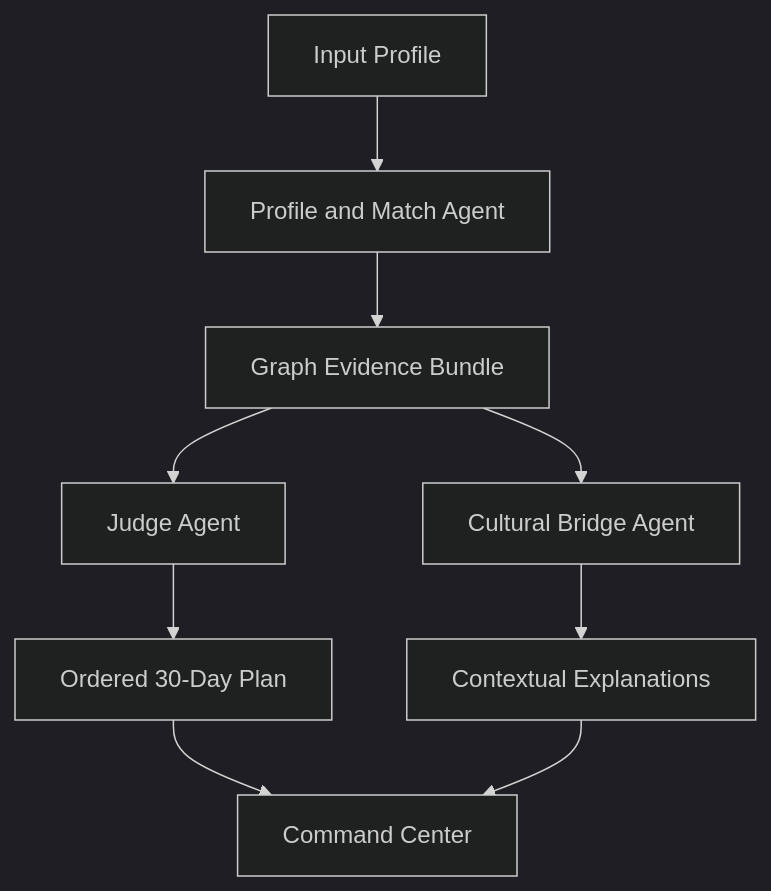
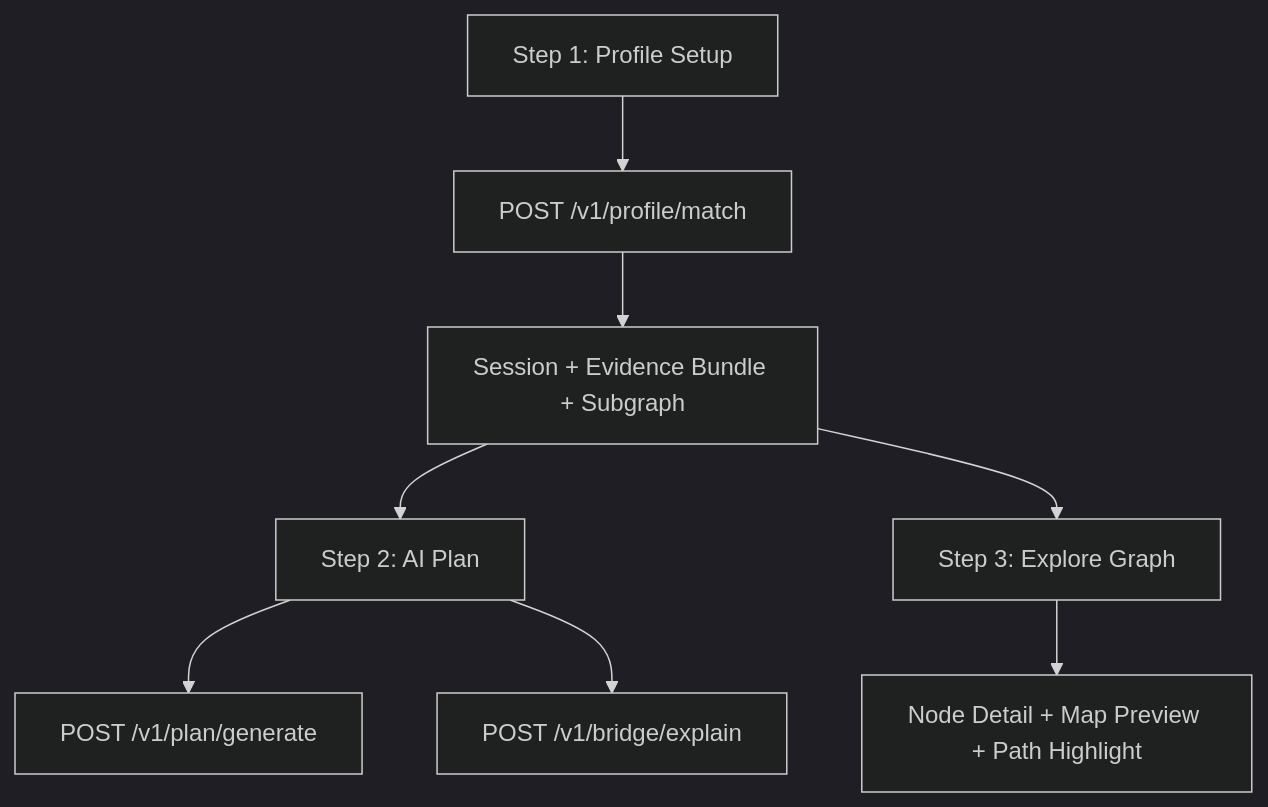
Before and after one commit to ikathuria/GlobalBuddy: the second of 2 diagrams in docs/architecture.md, drawn with Mermaid (dark theme). The commit also changed other lines of this file and 26 other files, not shown here.

````diff
--- a/docs/architecture.md
+++ b/docs/architecture.md
@@ -16,11 +19,10 @@
 ```mermaid
 flowchart TD
-  A[Input Profile] --> P[Profile and Match Agent]
-  P --> G[Graph Evidence Bundle]
-  G --> J[Judge Agent]
-  G --> C[Cultural Bridge Agent]
-  J --> O[Ordered 30-Day Plan]
-  C --> X[Contextual Explanations]
-  O --> UI[Command Center]
-  X --> UI
+  P1[Step 1: Profile Setup] --> M[POST /v1/profile/match]
+  M --> E[Session + Evidence Bundle + Subgraph]
+  E --> P2[Step 2: AI Plan]
+  P2 --> J[POST /v1/plan/generate]
+  E --> P3[Step 3: Explore Graph]
+  P2 --> C[POST /v1/bridge/explain]
+  P3 --> S[Node Detail + Map Preview + Path Highlight]
 ```
````
